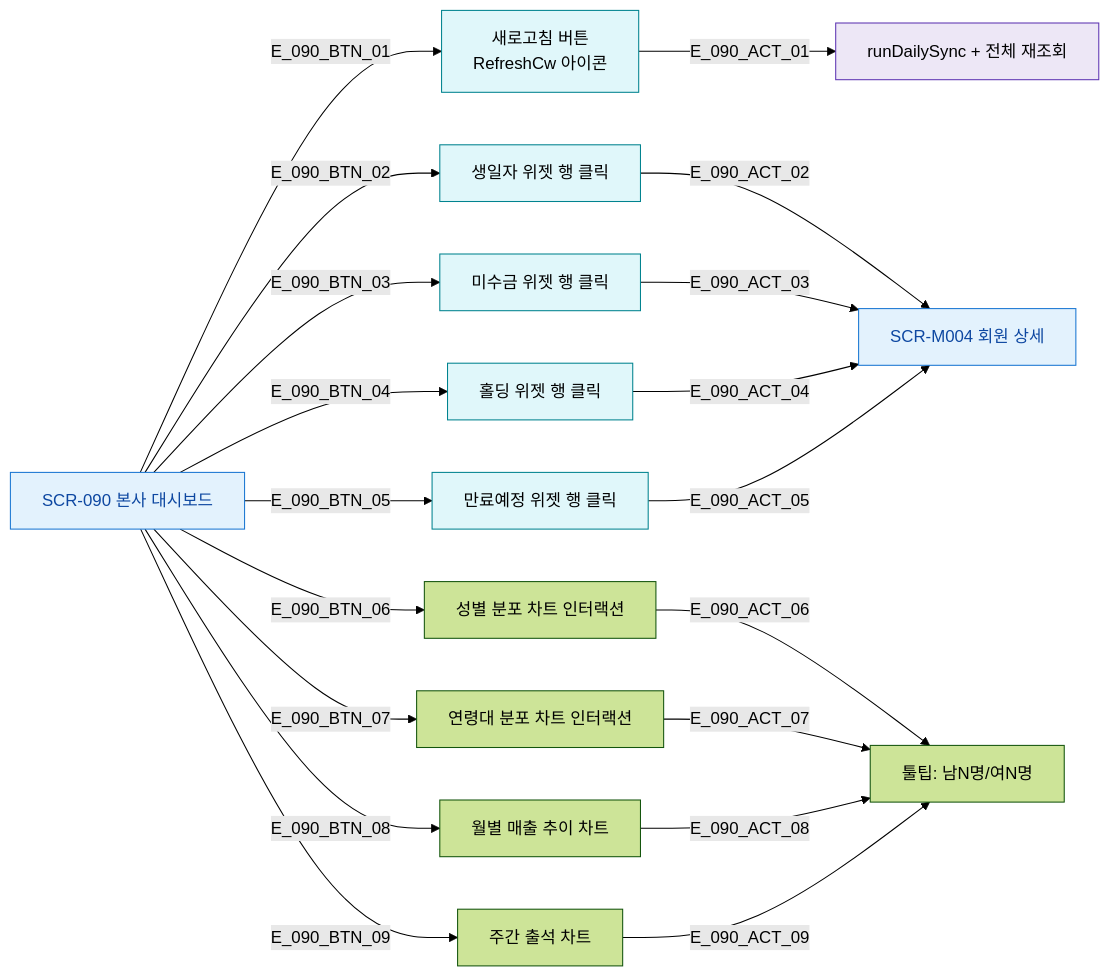
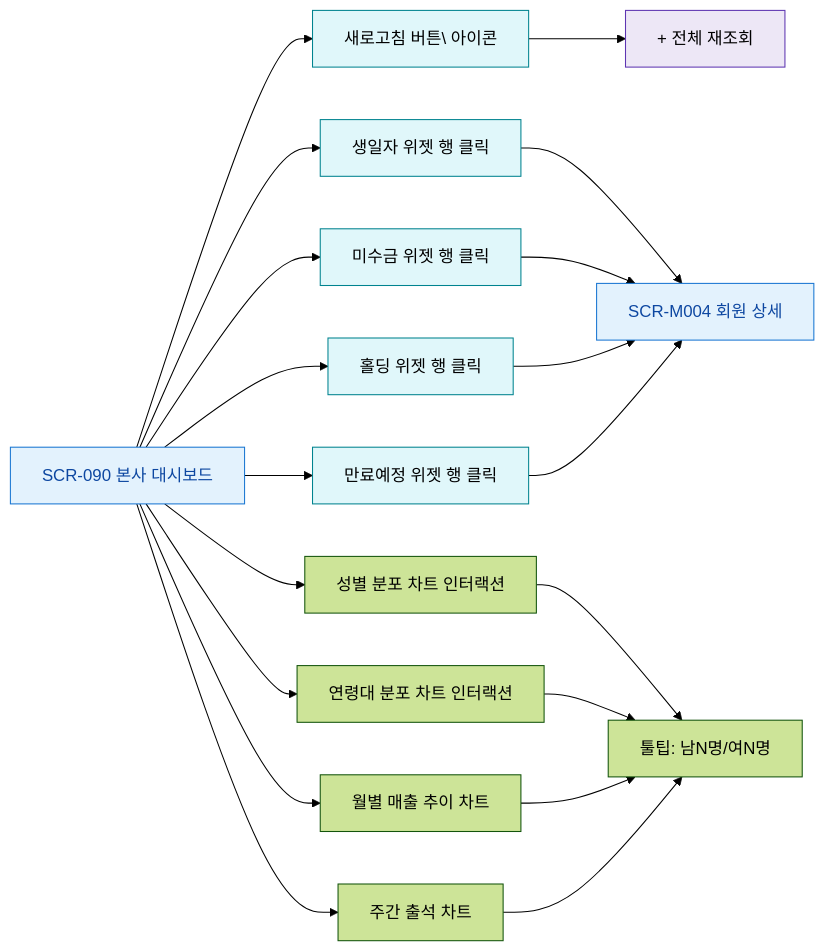
The diagram in docs/다이어그램/D10_본사관리/SCR-090_본사대시보드/F3_버튼액션.md (dev-spogym/admin-pando), drawn with Mermaid (forest theme) before and after one commit. The commit also changed other lines of this file and 1660 other files, not shown here.

First line of the commit message:
다이어그램: 기획자/클라이언트 납품본으로 정리

````diff
--- a/docs/다이어그램/D10_본사관리/SCR-090_본사대시보드/F3_버튼액션.md
+++ b/docs/다이어그램/D10_본사관리/SCR-090_본사대시보드/F3_버튼액션.md
@@ -14,32 +12,32 @@
 ```mermaid
 flowchart LR
   SCR_090[SCR-090 본사 대시보드]
 
-  SCR_090 -->|E_090_BTN_01| BTN_REFRESH[새로고침 버튼\nRefreshCw 아이콘]
-  SCR_090 -->|E_090_BTN_02| WIDGET_BIRTHDAY[생일자 위젯 행 클릭]
-  SCR_090 -->|E_090_BTN_03| WIDGET_UNPAID[미수금 위젯 행 클릭]
-  SCR_090 -->|E_090_BTN_04| WIDGET_HOLDING[홀딩 위젯 행 클릭]
-  SCR_090 -->|E_090_BTN_05| WIDGET_EXPIRING[만료예정 위젯 행 클릭]
-  SCR_090 -->|E_090_BTN_06| CHART_GENDER[성별 분포 차트 인터랙션]
-  SCR_090 -->|E_090_BTN_07| CHART_AGE[연령대 분포 차트 인터랙션]
-  SCR_090 -->|E_090_BTN_08| CHART_MONTHLY[월별 매출 추이 차트]
-  SCR_090 -->|E_090_BTN_09| CHART_WEEKLY[주간 출석 차트]
+  SCR_090 --> BTN_REFRESH[새로고침 버튼\ 아이콘]
+  SCR_090 --> WIDGET_BIRTHDAY[생일자 위젯 행 클릭]
+  SCR_090 --> WIDGET_UNPAID[미수금 위젯 행 클릭]
+  SCR_090 --> WIDGET_HOLDING[홀딩 위젯 행 클릭]
+  SCR_090 --> WIDGET_EXPIRING[만료예정 위젯 행 클릭]
+  SCR_090 --> CHART_GENDER[성별 분포 차트 인터랙션]
+  SCR_090 --> CHART_AGE[연령대 분포 차트 인터랙션]
+  SCR_090 --> CHART_MONTHLY[월별 매출 추이 차트]
+  SCR_090 --> CHART_WEEKLY[주간 출석 차트]
 
-  BTN_REFRESH -->|E_090_ACT_01| ACT_SYNC[runDailySync + 전체 재조회]
-  WIDGET_BIRTHDAY -->|E_090_ACT_02| SCR_M004[SCR-M004 회원 상세]
-  WIDGET_UNPAID -->|E_090_ACT_03| SCR_M004
-  WIDGET_HOLDING -->|E_090_ACT_04| SCR_M004
-  WIDGET_EXPIRING -->|E_090_ACT_05| SCR_M004
-  CHART_GENDER -->|E_090_ACT_06| TOOLTIP[툴팁: 남N명/여N명]
-  CHART_AGE -->|E_090_ACT_07| TOOLTIP
-  CHART_MONTHLY -->|E_090_ACT_08| TOOLTIP
-  CHART_WEEKLY -->|E_090_ACT_09| TOOLTIP
+  BTN_REFRESH --> ACT_SYNC[+ 전체 재조회]
+  WIDGET_BIRTHDAY --> SCR_M004[SCR-M004 회원 상세]
+  WIDGET_UNPAID --> SCR_M004
+  WIDGET_HOLDING --> SCR_M004
+  WIDGET_EXPIRING --> SCR_M004
+  CHART_GENDER --> TOOLTIP[툴팁: 남N명/여N명]
+  CHART_AGE --> TOOLTIP
+  CHART_MONTHLY --> TOOLTIP
+  CHART_WEEKLY --> TOOLTIP
 
   classDef screen fill:#E3F2FD,stroke:#1976D2,color:#0D47A1
   classDef system fill:#EDE7F6,stroke:#5E35B2
   classDef action fill:#E0F7FA,stroke:#00838F
 
   class SCR_090,SCR_M004 screen
   class ACT_SYNC system
   class BTN_REFRESH,WIDGET_BIRTHDAY,WIDGET_UNPAID,WIDGET_HOLDING,WIDGET_EXPIRING action
 ```
````
